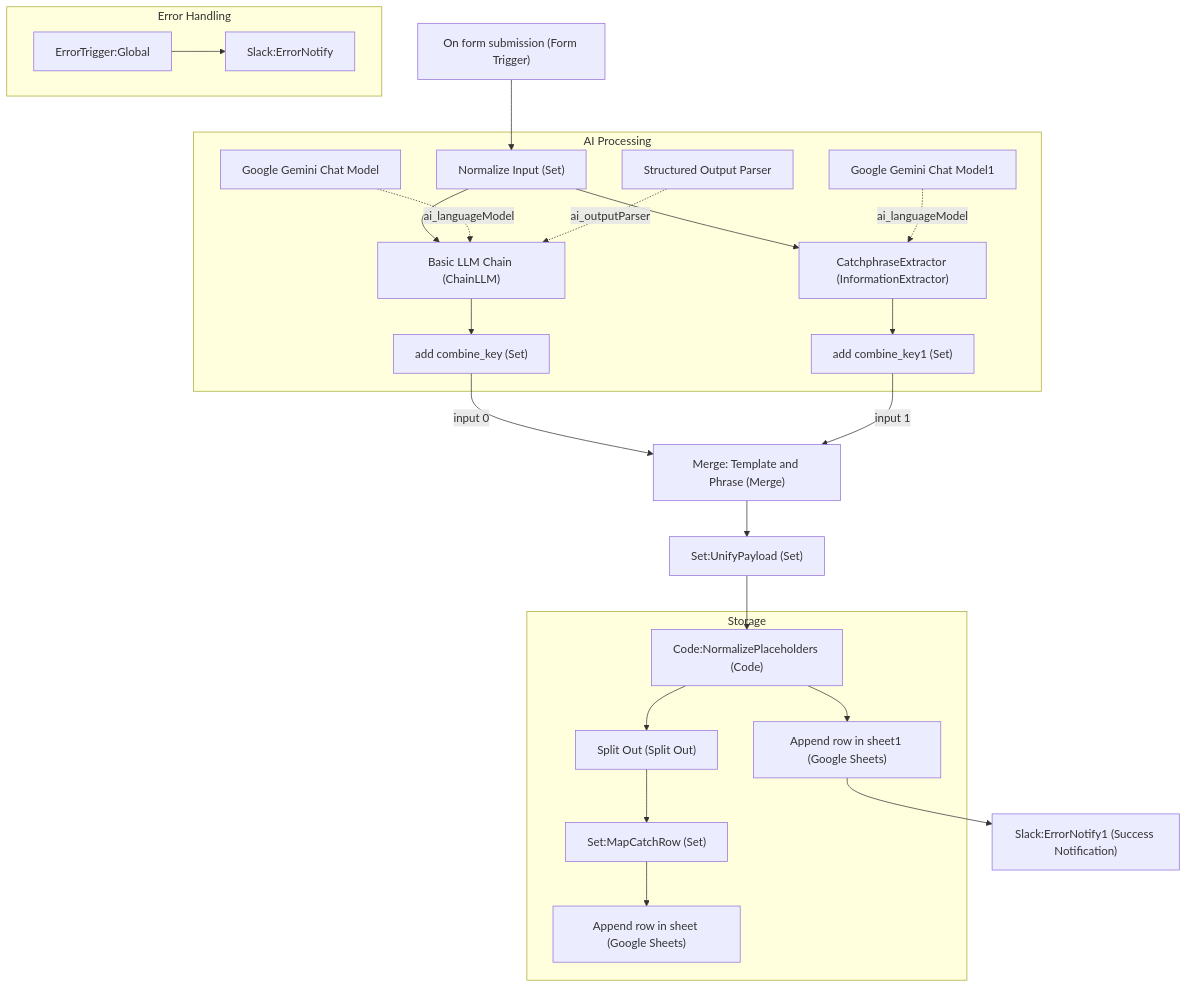
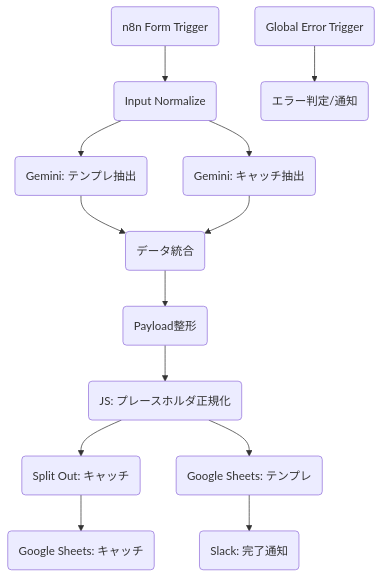
Before and after one commit to takumiwork-n8n/n8n-workflows: the diagram in Practice/x-template-generator/README.md, drawn with Mermaid. The commit also changed other lines of this file and 1 other file, not shown here.

Commit message:
update: Sync X Template Generator v2 with AI catchphrase extraction

````diff
--- a/Practice/x-template-generator/README.md
+++ b/Practice/x-template-generator/README.md
@@ -17,36 +18,20 @@
 ```mermaid
 graph TD
-    Trigger["On form submission (Form Trigger)"] --> Normalize["Normalize Input (Set)"]
+    Form(n8n Form Trigger) --> Norm(Input Normalize)
+    Norm --> BasicChain(Gemini: テンプレ抽出)
+    Norm --> CatchExtract(Gemini: キャッチ抽出)
     
-    subgraph "AI Processing"
-        Normalize --> TemplateGen["Basic LLM Chain (ChainLLM)"]
-        Normalize --> PhraseGen["CatchphraseExtractor (InformationExtractor)"]
-        
-        Gemini1["Google Gemini Chat Model"] -.->|ai_languageModel| TemplateGen
-        Parser["Structured Output Parser"] -.->|ai_outputParser| TemplateGen
-        Gemini2["Google Gemini Chat Model1"] -.->|ai_languageModel| PhraseGen
-        
-        TemplateGen --> AddKey1["add combine_key (Set)"]
-        PhraseGen --> AddKey2["add combine_key1 (Set)"]
-    end
+    BasicChain --> Merge(データ統合)
+    CatchExtract --> Merge
     
-    AddKey1 -->|input 0| Merge["Merge: Template and Phrase (Merge)"]
-    AddKey2 -->|input 1| Merge
+    Merge --> Unify(Payload整形)
+    Unify --> Normalize(JS: プレースホルダ正規化)
     
-    Merge --> Unify["Set:UnifyPayload (Set)"]
-    Unify --> NormalizeJS["Code:NormalizePlaceholders (Code)"]
+    Normalize --> Split(Split Out: キャッチ)
+    Split --> SheetCatch(Google Sheets: キャッチ)
     
-    subgraph "Storage"
-        NormalizeJS --> Split["Split Out (Split Out)"]
-        NormalizeJS --> SaveTemplate["Append row in sheet1 (Google Sheets)"]
-        
-        Split --> MapCatch["Set:MapCatchRow (Set)"]
-        MapCatch --> SaveCatch["Append row in sheet (Google Sheets)"]
-    end
+    Normalize --> SheetTemp(Google Sheets: テンプレ)
+    SheetTemp --> SlackSuccess(Slack: 完了通知)
     
-    SaveTemplate --> SlackSuccess["Slack:ErrorNotify1 (Success Notification)"]
-    
-    subgraph "Error Handling"
-        ErrorTrigger["ErrorTrigger:Global"] --> SlackError["Slack:ErrorNotify"]
-    end
+    ErrTrigger(Global Error Trigger) --> ErrClassify(エラー判定/通知)
 ```
````
